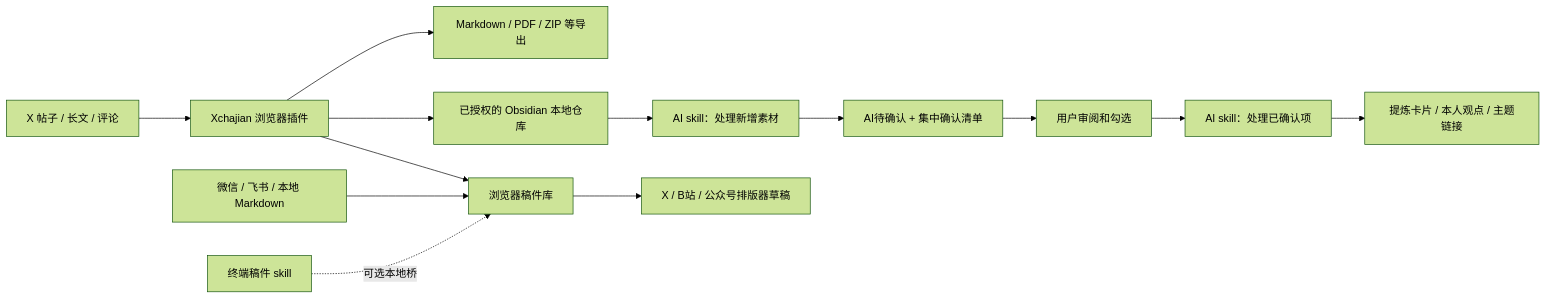
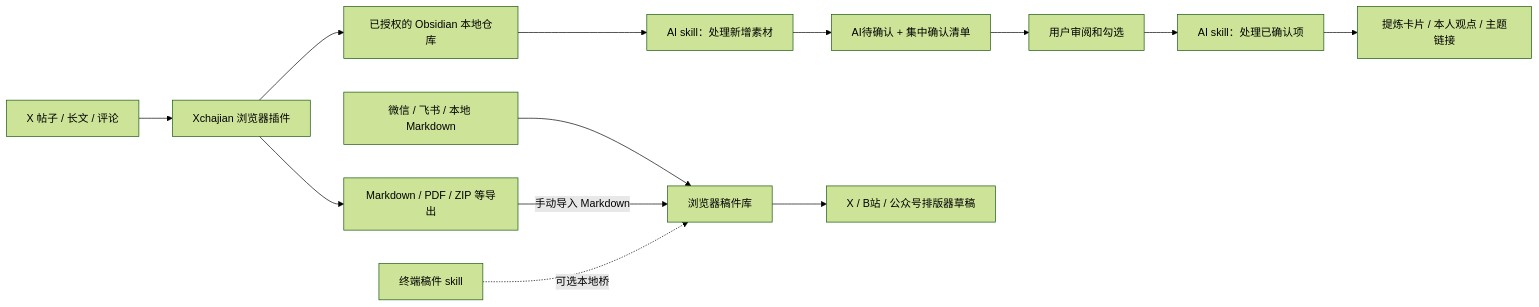
Before and after one commit to zhuy3075-ui/Xchajian: the diagram in README.md, drawn with Mermaid (forest theme). The commit also changed other lines of this file and 7 other files, not shown here.

````diff
--- a/README.md
+++ b/README.md
@@ -26,15 +54,15 @@
 ```mermaid
 flowchart LR
     X[X 帖子 / 长文 / 评论] --> E[Xchajian 浏览器插件]
     E --> M[Markdown / PDF / ZIP 等导出]
     E --> V[已授权的 Obsidian 本地仓库]
     V --> A[AI skill：处理新增素材]
     A --> C[AI待确认 + 集中确认清单]
     C --> H[用户审阅和勾选]
     H --> F[AI skill：处理已确认项]
     F --> N[提炼卡片 / 本人观点 / 主题链接]
     W[微信 / 飞书 / 本地 Markdown] --> L[浏览器稿件库]
-    E --> L
+    M -->|手动导入 Markdown| L
     L --> D[X / B站 / 公众号排版器草稿]
     T[终端稿件 skill] -. 可选本地桥 .-> L
 ```
````
